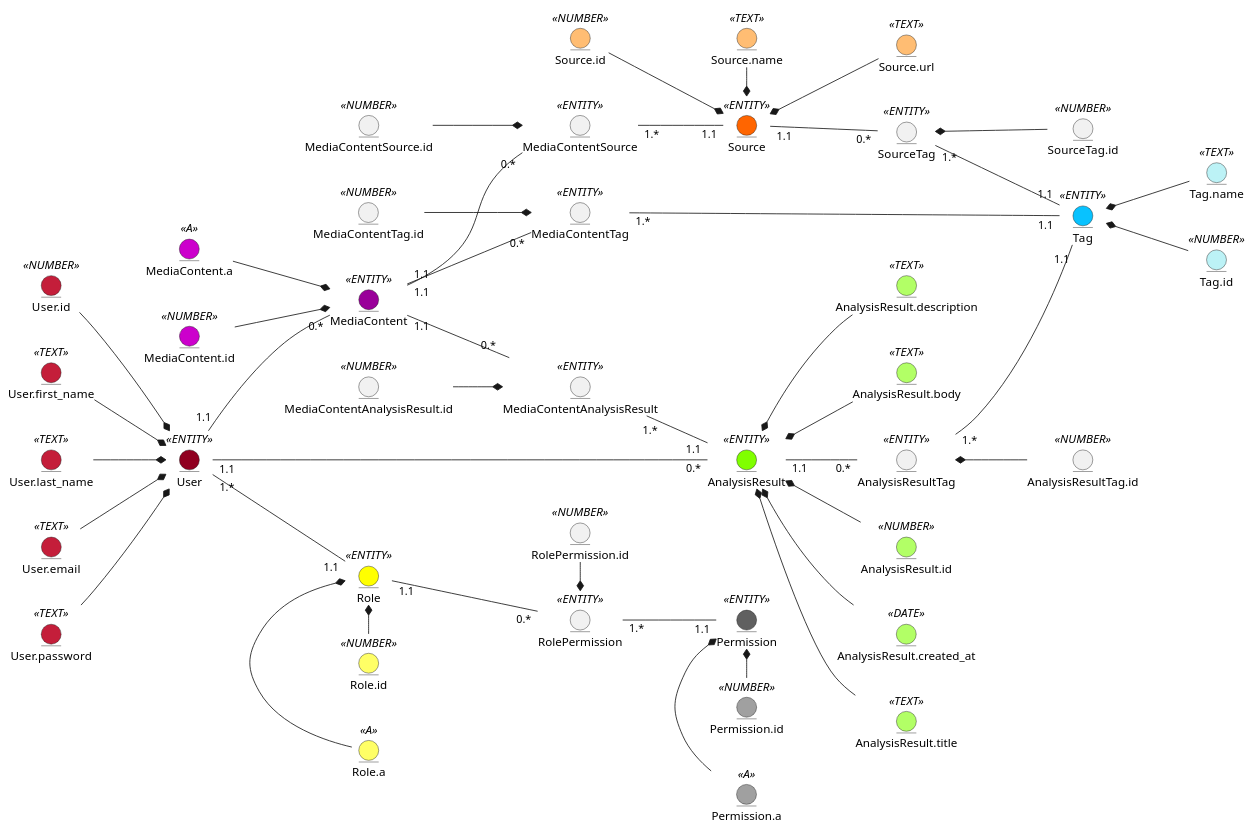
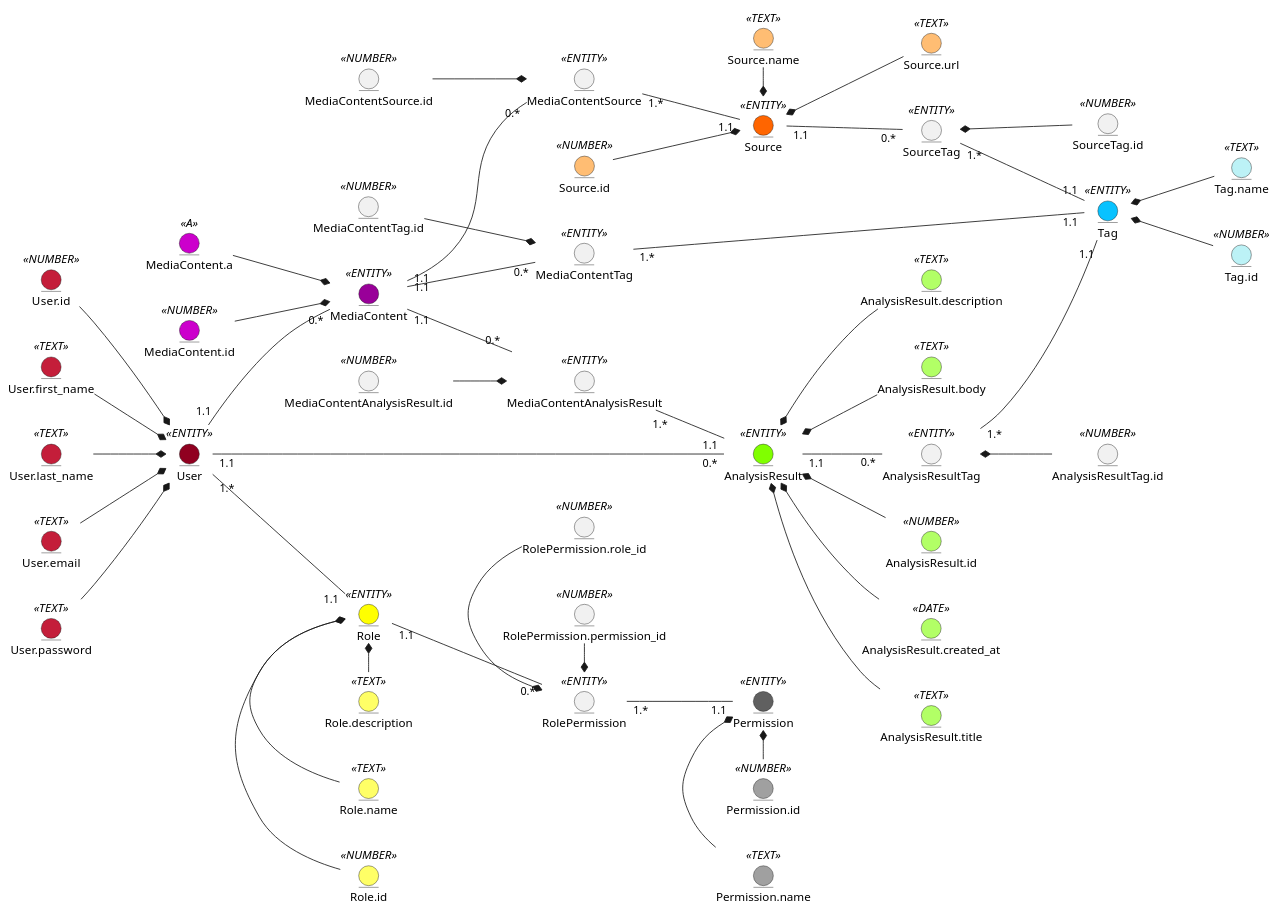
One commit to semenyaka08/media-content-api changed the diagram in docs/design/README.md. Above: the diagram before and after it, drawn with PlantUML.

Commit message:
Add UML diagrams for Role, Permission, and RolePermission entities

```diff
--- a/docs/design/README.md
+++ b/docs/design/README.md
@@ -31,17 +31,21 @@
 
 entity Role <<ENTITY>> #FFFF00
 entity Role.id <<NUMBER>> #FFFF66
-entity Role.a <<A>> #FFFF66
+entity Role.name <<TEXT>> #FFFF66
+entity Role.description <<TEXT>> #FFFF66
+
 
 Role.id -l-* Role
-Role.a -l-* Role
+Role.name -l-* Role
+Role.description -l-* Role
 
 entity Permission <<ENTITY>> #606060
 entity Permission.id <<NUMBER>> #A0A0A0
-entity Permission.a <<A>> #A0A0A0
+entity Permission.name <<TEXT>> #A0A0A0
+
 
 Permission.id -l-* Permission
-Permission.a -l-* Permission
+Permission.name -l-* Permission
 
 
 entity Source <<ENTITY>> #FF6500
@@ -77,9 +81,12 @@
 
 
 entity RolePermission <<ENTITY>>
-entity RolePermission.id <<NUMBER>>
+entity RolePermission.role_id <<NUMBER>>
+entity RolePermission.permission_id <<NUMBER>>
 
-RolePermission.id -r-* RolePermission
+
+RolePermission.role_id -r-* RolePermission
+RolePermission.permission_id -r-* RolePermission
 
 
 entity MediaContentSource <<ENTITY>>
@@ -114,9 +121,12 @@
 
 User "1.1" -- "0.*" MediaContent
 User "1.1" -- "0.*" AnalysisResult
+
 User "1.*" -- "1.1" Role
 
+
 Role "1.1" -- "0.*" RolePermission
+
 RolePermission "1.*" -- "1.1" Permission
 
 MediaContent "1.1" -- "0.*" MediaContentSource
```
